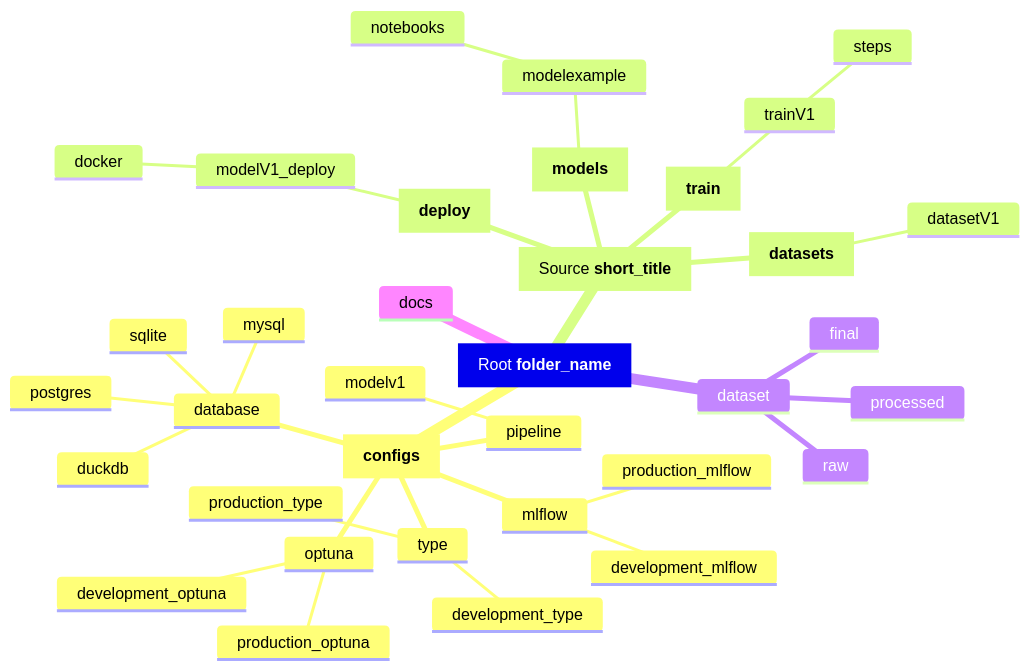
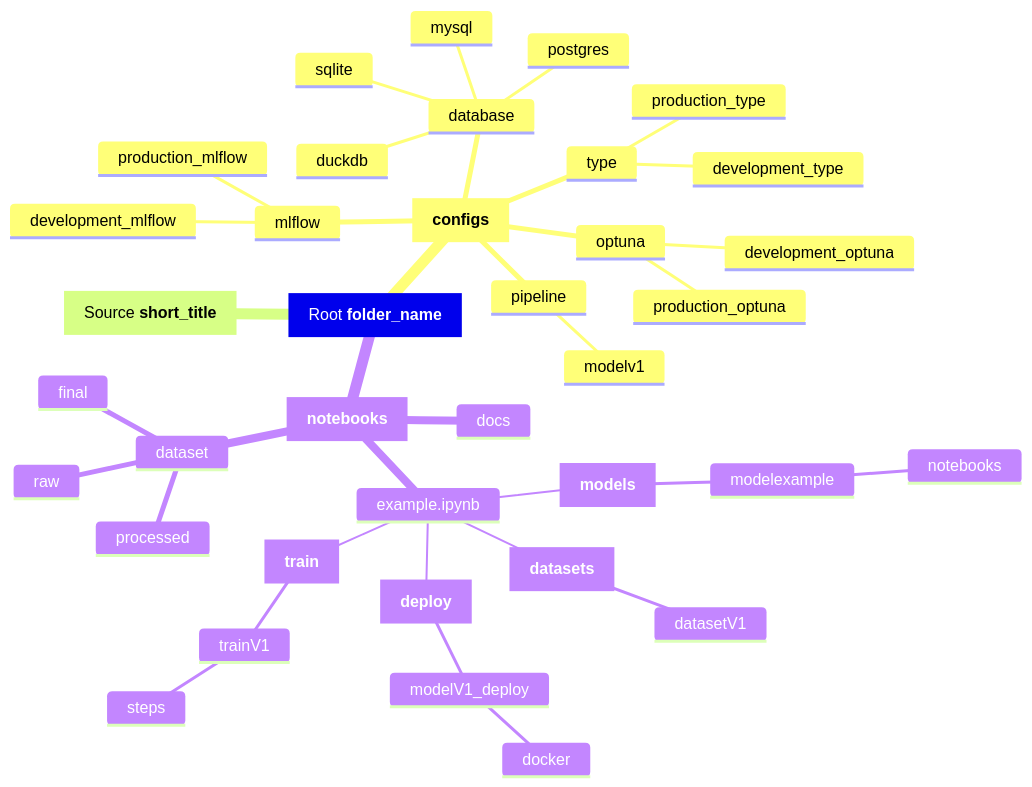
Before and after one commit to kascesar/machine-learning-template: the diagram in README.md, drawn with Mermaid. The commit also changed 1 other file, not shown here.

Commit message:
Create a root notebooks folder for exps

````diff
--- a/README.md
+++ b/README.md
@@ -21,38 +21,40 @@
 ```mermaid
 mindmap
   markdown[Root **folder_name**]
     markdown[**configs**]
       database
         duckdb
         mysql
         postgres
         sqlite
       mlflow
         development_mlflow
         production_mlflow
       optuna
         development_optuna
         production_optuna
       pipeline
         modelv1
       type
         development_type
         production_type
     markdown[Source **short_title**]
+	  markdown[**notebooks**]
+	    example.ipynb
       markdown[**datasets**]
         datasetV1
       markfown[**deploy**]
         modelV1_deploy
           docker
       markdown[**models**]
         modelexample
           notebooks
       markdown[**train**]
         trainV1
           steps
     dataset
       final
       processed
       raw
     docs
 ```
````
